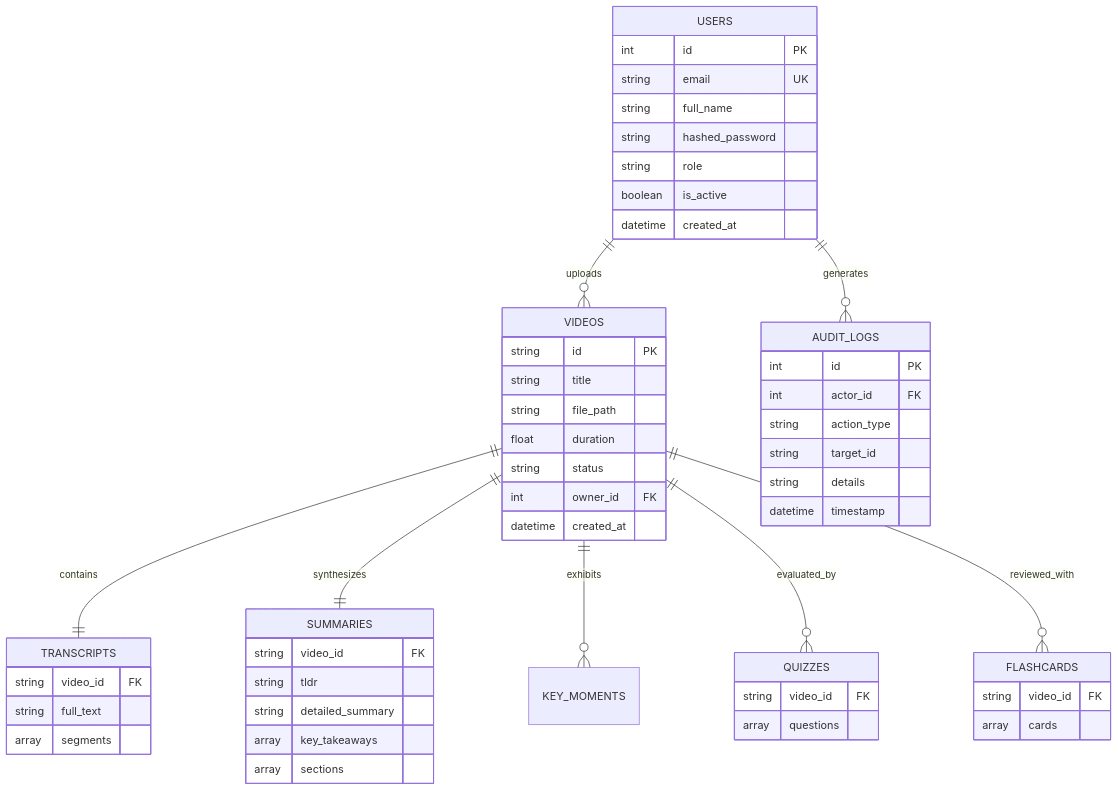
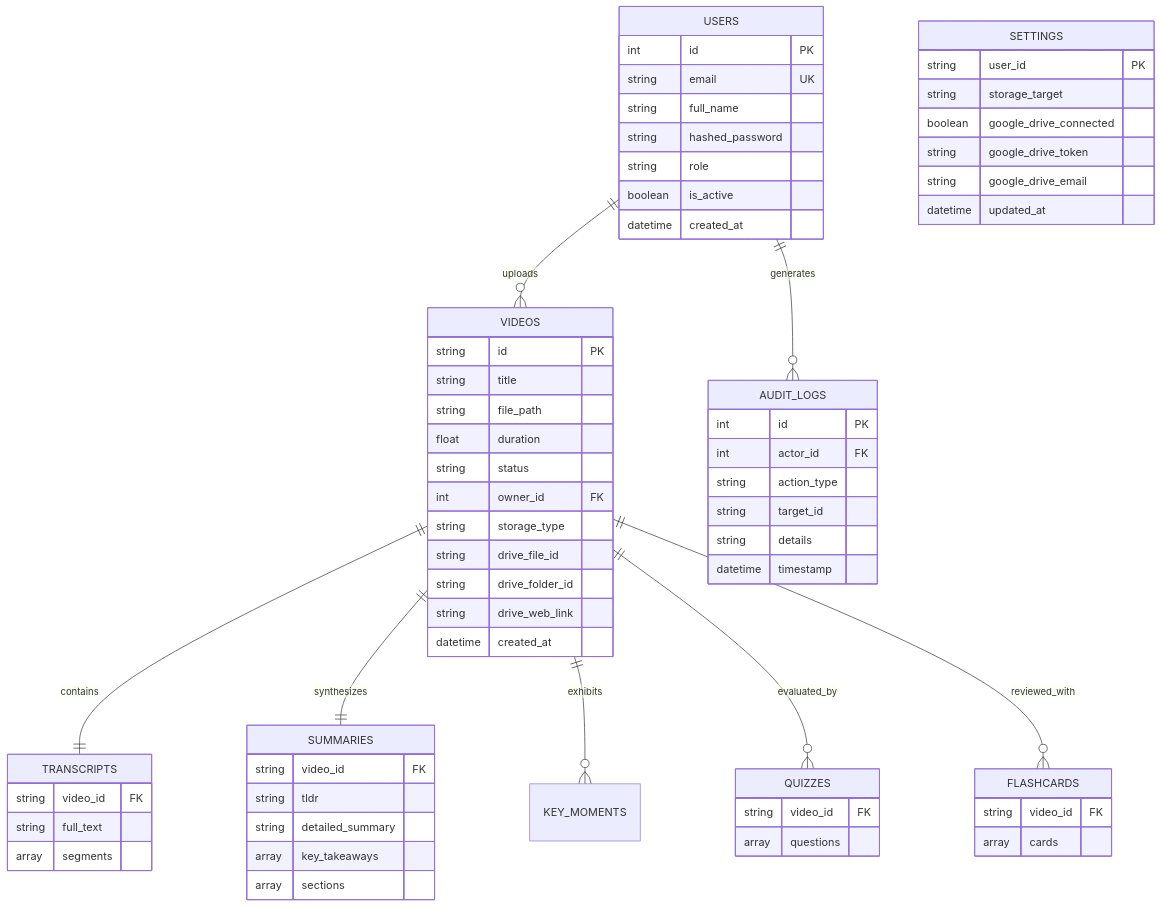
The second of 2 diagrams in CLIPMIND AI/docs/COMPLETE_PROJECT_DOCUMENTATION.md (springboardmentor910069x-afk/AI-VIDEO-AUTOMATION-), drawn with Mermaid before and after one commit. The commit also changed other lines of this file and 16 other files, not shown here.

````diff
--- a/CLIPMIND AI/docs/COMPLETE_PROJECT_DOCUMENTATION.md
+++ b/CLIPMIND AI/docs/COMPLETE_PROJECT_DOCUMENTATION.md
@@ -332,63 +382,76 @@
 ```mermaid
 erDiagram
     USERS ||--o{ VIDEOS : uploads
     USERS ||--o{ AUDIT_LOGS : generates
     VIDEOS ||--|| TRANSCRIPTS : contains
     VIDEOS ||--|| SUMMARIES : synthesizes
     VIDEOS ||--o{ KEY_MOMENTS : exhibits
     VIDEOS ||--o{ QUIZZES : evaluated_by
     VIDEOS ||--o{ FLASHCARDS : reviewed_with
 
     USERS {
         int id PK
         string email UK
         string full_name
         string hashed_password
         string role
         boolean is_active
         datetime created_at
     }
 
     AUDIT_LOGS {
         int id PK
         int actor_id FK
         string action_type
         string target_id
         string details
         datetime timestamp
     }
 
     VIDEOS {
         string id PK
         string title
         string file_path
         float duration
         string status
         int owner_id FK
+        string storage_type
+        string drive_file_id
+        string drive_folder_id
+        string drive_web_link
         datetime created_at
+    }
+
+    SETTINGS {
+        string user_id PK
+        string storage_target
+        boolean google_drive_connected
+        string google_drive_token
+        string google_drive_email
+        datetime updated_at
     }
 
     TRANSCRIPTS {
         string video_id FK
         string full_text
         array segments
     }
 
     SUMMARIES {
         string video_id FK
         string tldr
         string detailed_summary
         array key_takeaways
         array sections
     }
 
     QUIZZES {
         string video_id FK
         array questions
     }
 
     FLASHCARDS {
         string video_id FK
         array cards
     }
 ```
````
